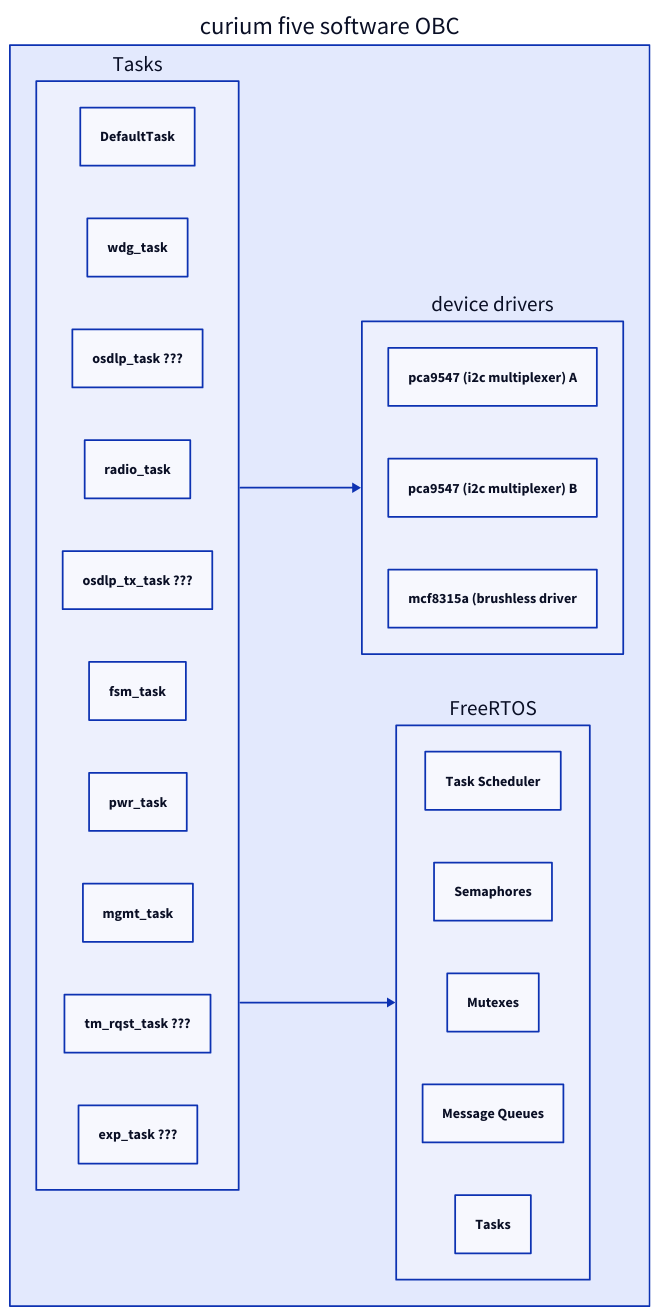
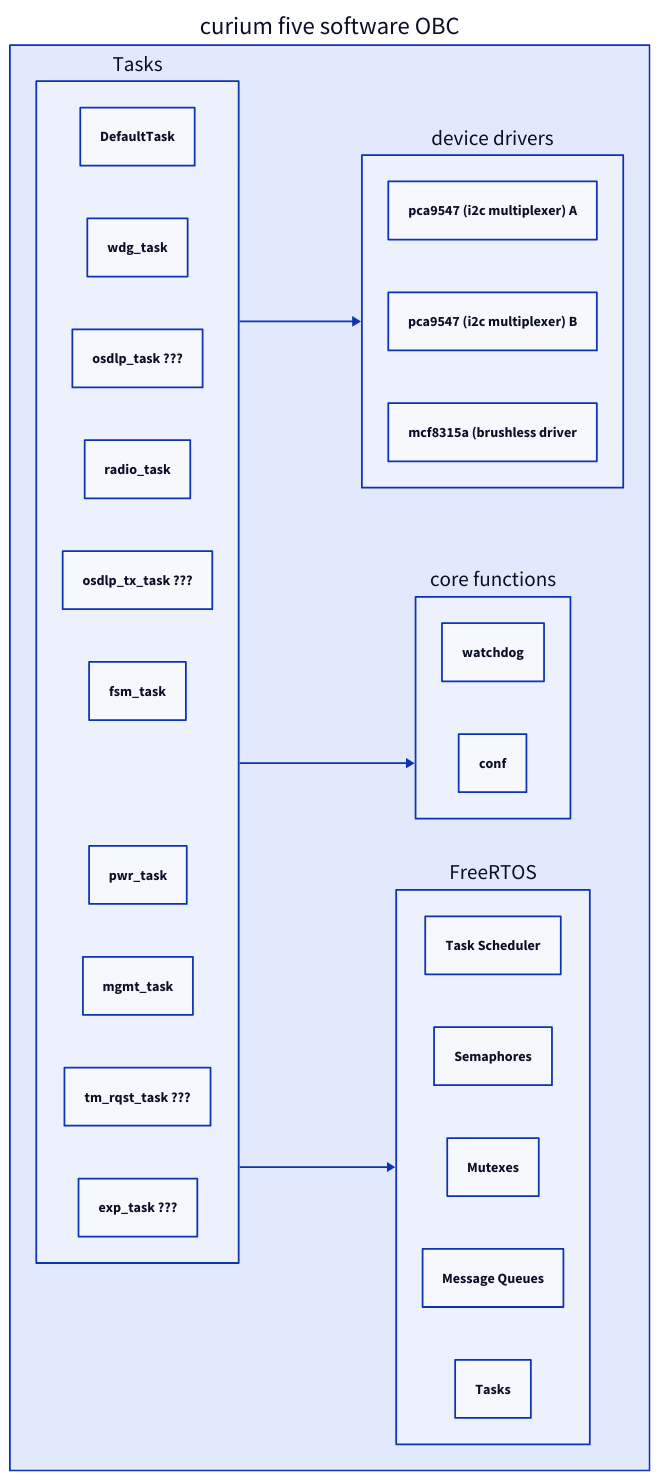
Before and after one commit to Curium-Five/software-diagram: the diagram in software-diagram.d2, drawn with D2.

```diff
--- a/software-diagram.d2
+++ b/software-diagram.d2
@@ -1,29 +1,34 @@
 direction: right
 "curium five software OBC": {
   "device drivers": {
     "pca9547 (i2c multiplexer) A"
     "pca9547 (i2c multiplexer) B"
     "mcf8315a (brushless driver"
+  }
+  "core functions": {
+    "watchdog"
+    "conf"
   }
   "Tasks": {
     "DefaultTask"
     "wdg_task"
     "osdlp_task ???"
     "radio_task"
     "osdlp_tx_task ???"
     "fsm_task"
     "pwr_task"
     "mgmt_task"
     "tm_rqst_task ???"
     "exp_task ???"
   }
   "FreeRTOS": {
     "Task Scheduler"
     "Semaphores"
     "Mutexes"
     "Message Queues"
     "Tasks"
   }
   "Tasks" -> "FreeRTOS"
   "Tasks" -> "device drivers"
+  "Tasks" -> "core functions"
 }
```
